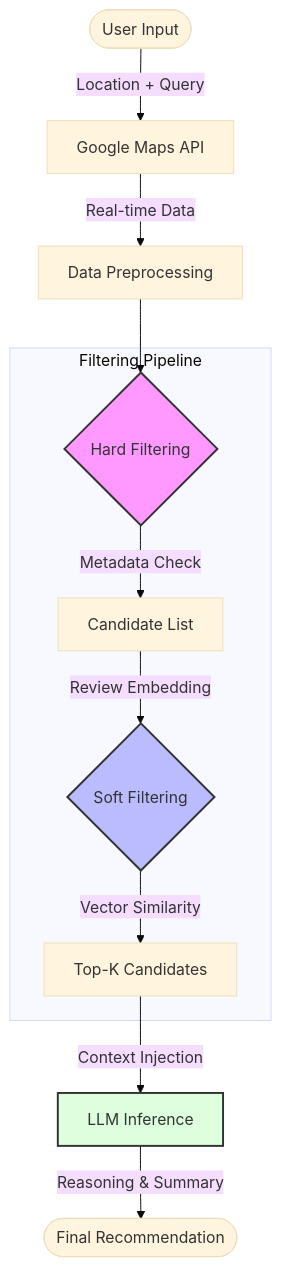
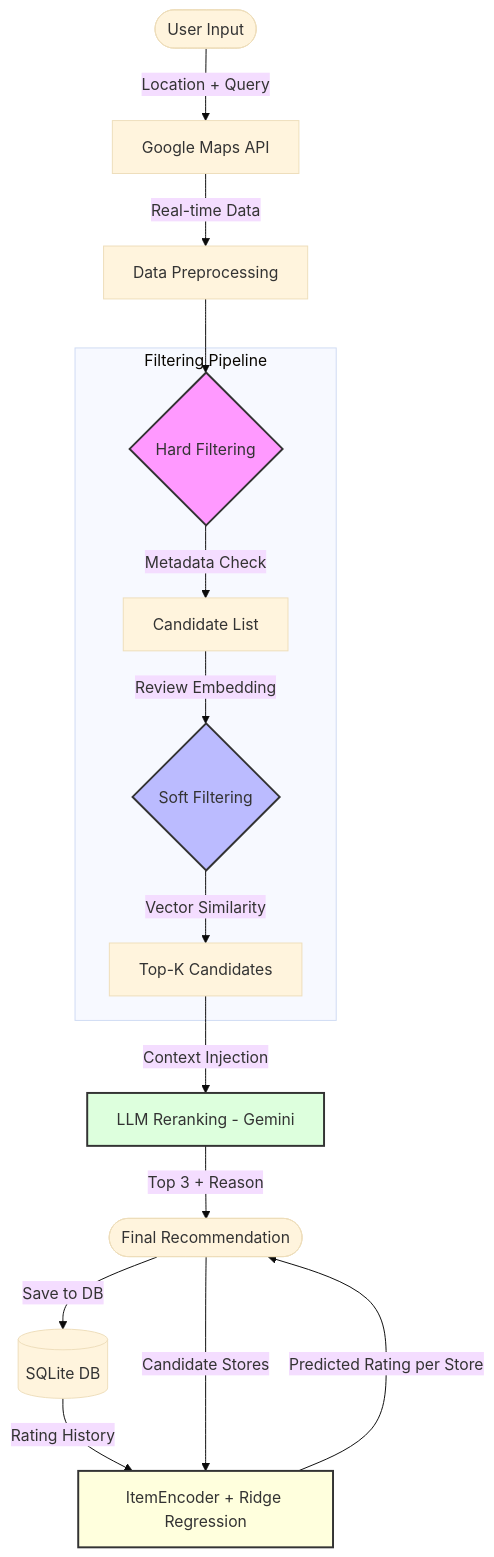
One commit to food-recommendation-service/Chop-Chop changed the first of 2 diagrams in README.md. Above: the diagram before and after it, drawn with Mermaid (base theme). The commit also changed other lines of this file and 1 other file, not shown here.

````diff
--- a/README.md
+++ b/README.md
@@ -107,19 +117,25 @@
 ```mermaid
 graph TD
     User([User Input]) -->|Location + Query| API[Google Maps API]
     API -->|Real-time Data| PreProcess[Data Preprocessing]
     PreProcess --> HardFilter{Hard Filtering}
-    
+
     subgraph Filtering Pipeline
     HardFilter -->|Metadata Check| CandidateList[Candidate List]
     CandidateList -->|Review Embedding| SoftFilter{Soft Filtering}
     SoftFilter -->|Vector Similarity| TopK[Top-K Candidates]
     end
-    
-    TopK -->|Context Injection| LLM[LLM Inference]
-    LLM -->|Reasoning & Summary| Output([Final Recommendation])
+
+    TopK -->|Context Injection| LLM[LLM Reranking - Gemini]
+    LLM -->|Top 3 + Reason| Output([Final Recommendation])
+    Output -->|Save to DB| DB[(SQLite DB)]
+
+    DB -->|Rating History| Predictor[ItemEncoder + Ridge Regression]
+    Output -->|Candidate Stores| Predictor
+    Predictor -->|Predicted Rating per Store| Output
 
     style HardFilter fill:#f9f,stroke:#333,stroke-width:2px
     style SoftFilter fill:#bbf,stroke:#333,stroke-width:2px
     style LLM fill:#dfd,stroke:#333,stroke-width:2px
+    style Predictor fill:#ffd,stroke:#333,stroke-width:2px
 ```
````
